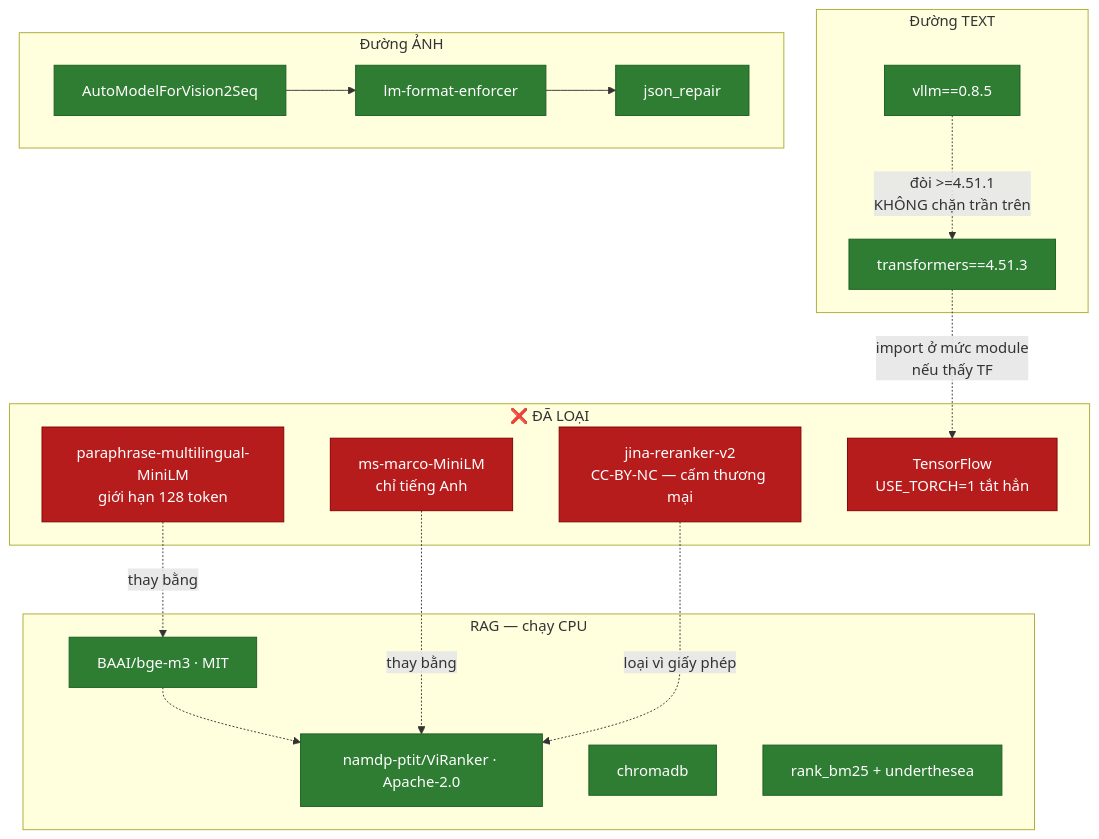
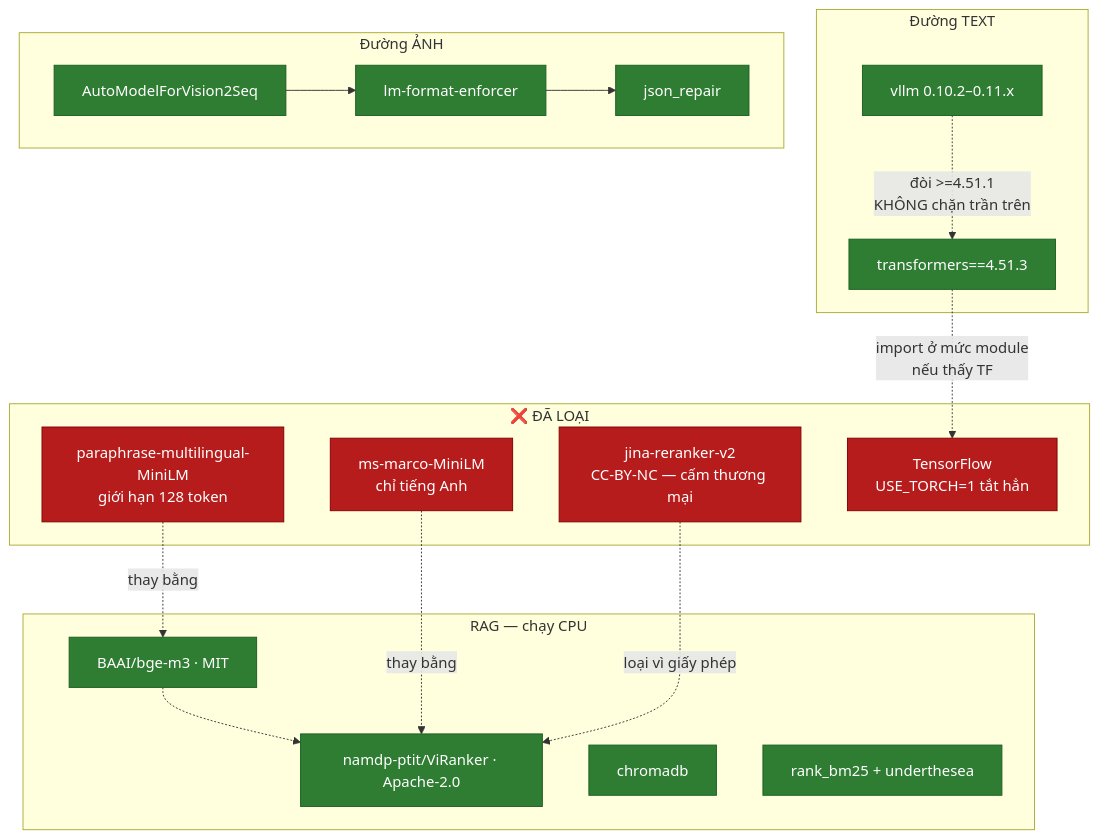
Before and after one commit to PCBoiz/ANSER_AI: the eighth of 10 diagrams in ARCHITECTURE_DIAGRAMS.md, drawn with Mermaid. The commit also changed 6 other files, not shown here.

````diff
--- a/ARCHITECTURE_DIAGRAMS.md
+++ b/ARCHITECTURE_DIAGRAMS.md
@@ -346,37 +346,37 @@
 ```mermaid
 graph TB
     subgraph text["Đường TEXT"]
-        vllm["vllm==0.8.5"]
+        vllm["vllm 0.10.2–0.11.x"]
         tf451["transformers==4.51.3"]
     end
     subgraph vis["Đường ẢNH"]
         autoviz["AutoModelForVision2Seq"]
         lmfe["lm-format-enforcer"]
         jr["json_repair"]
     end
     subgraph ragdep["RAG — chạy CPU"]
         bgem3["BAAI/bge-m3 · MIT"]
         viranker["namdp-ptit/ViRanker · Apache-2.0"]
         chroma["chromadb"]
         bm25["rank_bm25 + underthesea"]
     end
     subgraph loai["❌ ĐÃ LOẠI"]
         jina["jina-reranker-v2<br/>CC-BY-NC — cấm thương mại"]
         minilm["paraphrase-multilingual-MiniLM<br/>giới hạn 128 token"]
         marco["ms-marco-MiniLM<br/>chỉ tiếng Anh"]
         tfl["TensorFlow<br/>USE_TORCH=1 tắt hẳn"]
     end
 
     vllm -.->|"đòi >=4.51.1<br/>KHÔNG chặn trần trên"| tf451
     tf451 -.->|"import ở mức module<br/>nếu thấy TF"| tfl
     autoviz --> lmfe --> jr
     bgem3 -.-> viranker
     minilm -.->|"thay bằng"| bgem3
     marco -.->|"thay bằng"| viranker
     jina -.->|"loại vì giấy phép"| viranker
 
     classDef ok fill:#2e7d32,stroke:#1b5e20,color:#fff
     classDef no fill:#b71c1c,stroke:#7f0000,color:#fff
     class vllm,tf451,autoviz,lmfe,jr,bgem3,viranker,chroma,bm25 ok
     class jina,minilm,marco,tfl no
 ```
````
